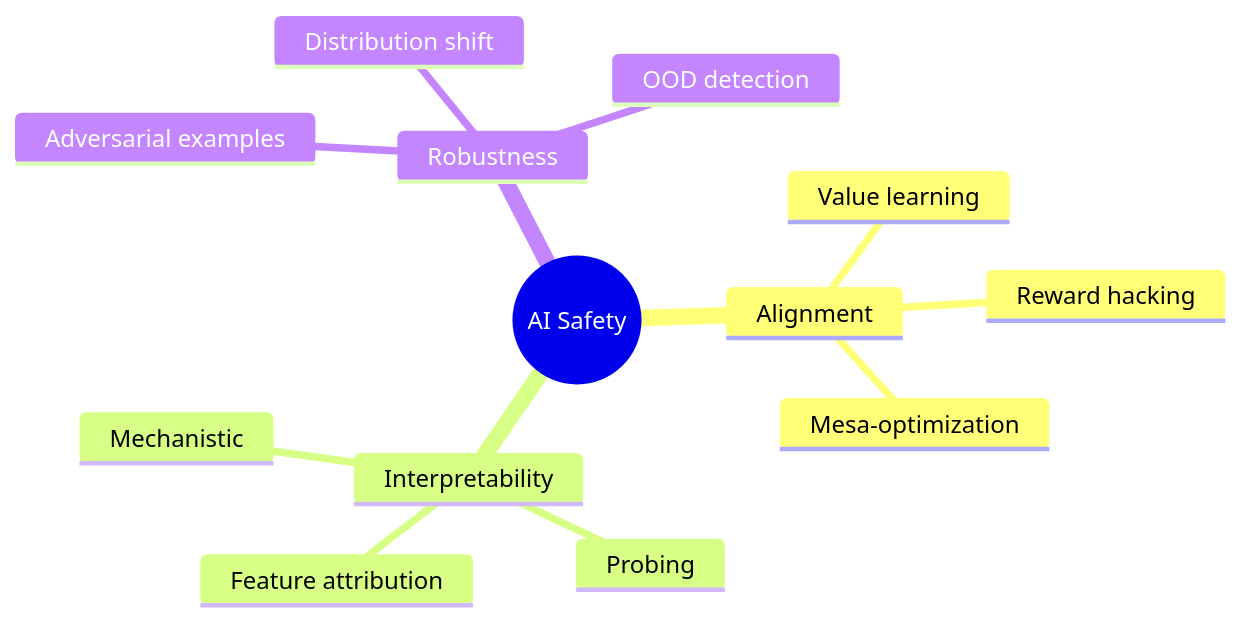
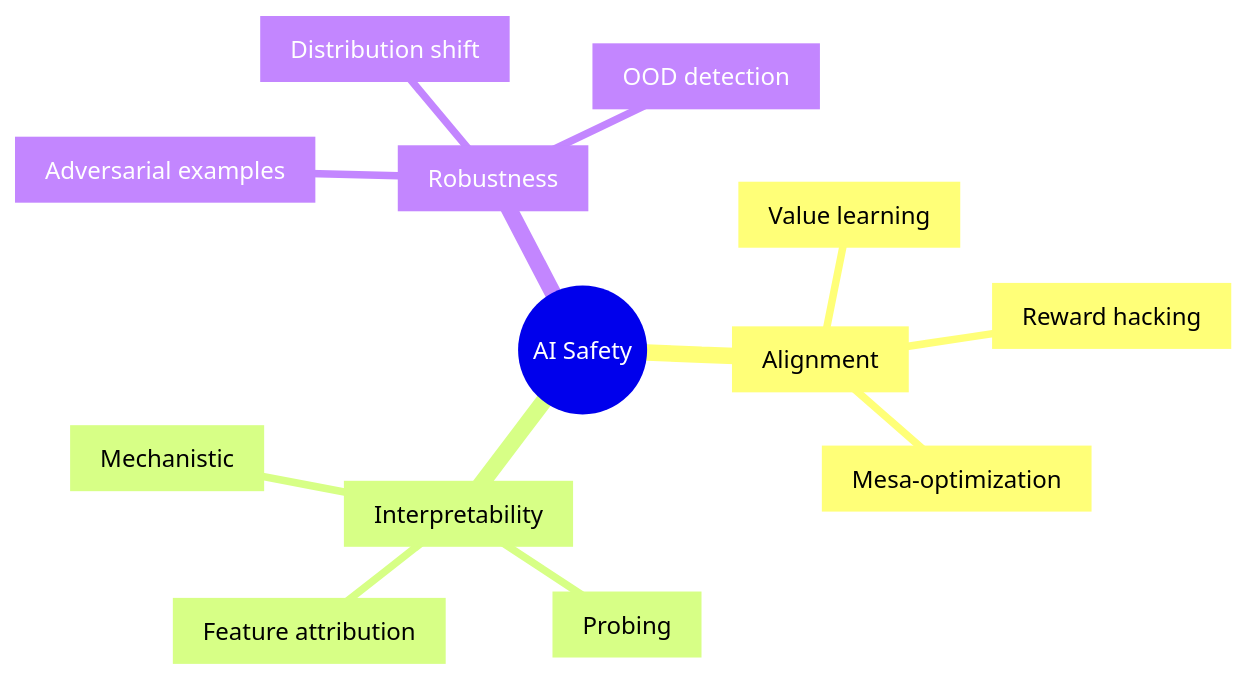
The sixth of 7 diagrams in obsidian/skills/obsidian-mermaid-visualizer/flow/mindmap.md (kouko/monkey-skills), drawn with Mermaid before and after one commit. The commit also changed other lines of this file and 17 other files, not shown here.

````diff
--- a/obsidian/skills/obsidian-mermaid-visualizer/flow/mindmap.md
+++ b/obsidian/skills/obsidian-mermaid-visualizer/flow/mindmap.md
@@ -105,16 +108,16 @@
 ```mermaid
 mindmap
-  root((AI Safety))
-    Alignment
-      Value learning
-      Reward hacking
-      Mesa-optimization
-    Interpretability
-      Mechanistic
-      Probing
-      Feature attribution
-    Robustness
-      Adversarial examples
-      Distribution shift
-      OOD detection
+  root(("AI Safety"))
+    Alignment["Alignment"]
+      ValueLearning["Value learning"]
+      RewardHacking["Reward hacking"]
+      MesaOpt["Mesa-optimization"]
+    Interpretability["Interpretability"]
+      Mechanistic["Mechanistic"]
+      Probing["Probing"]
+      FeatureAttr["Feature attribution"]
+    Robustness["Robustness"]
+      Adversarial["Adversarial examples"]
+      DistShift["Distribution shift"]
+      OOD["OOD detection"]
 ```
````
